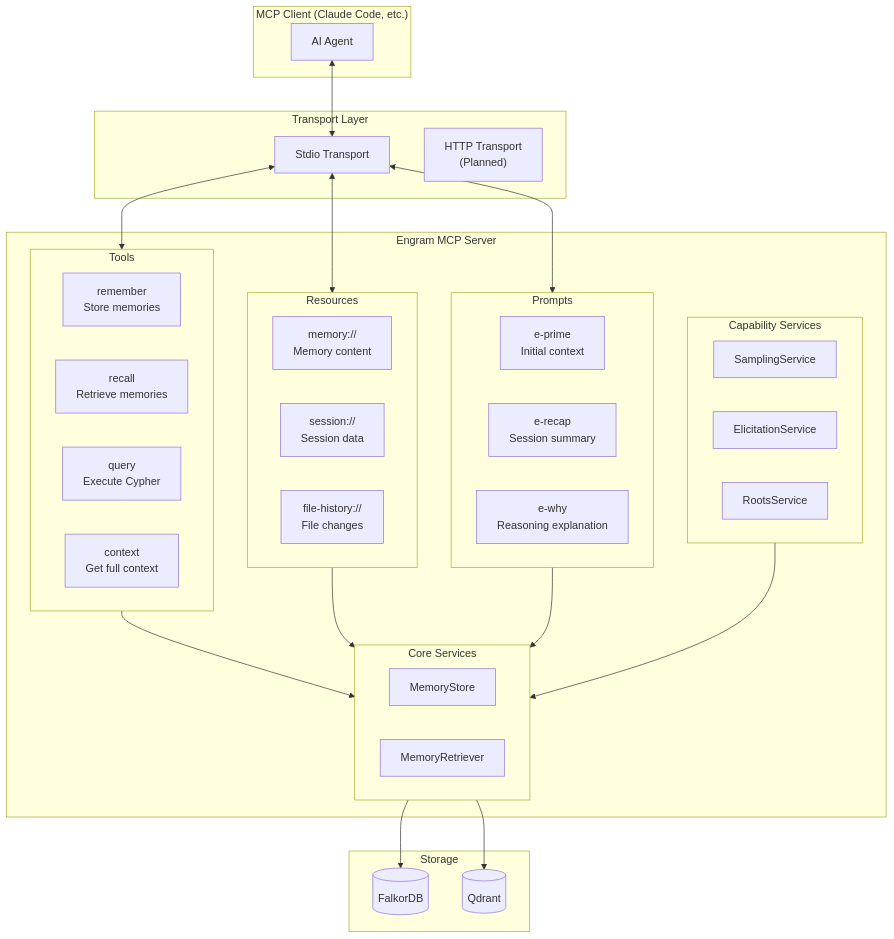
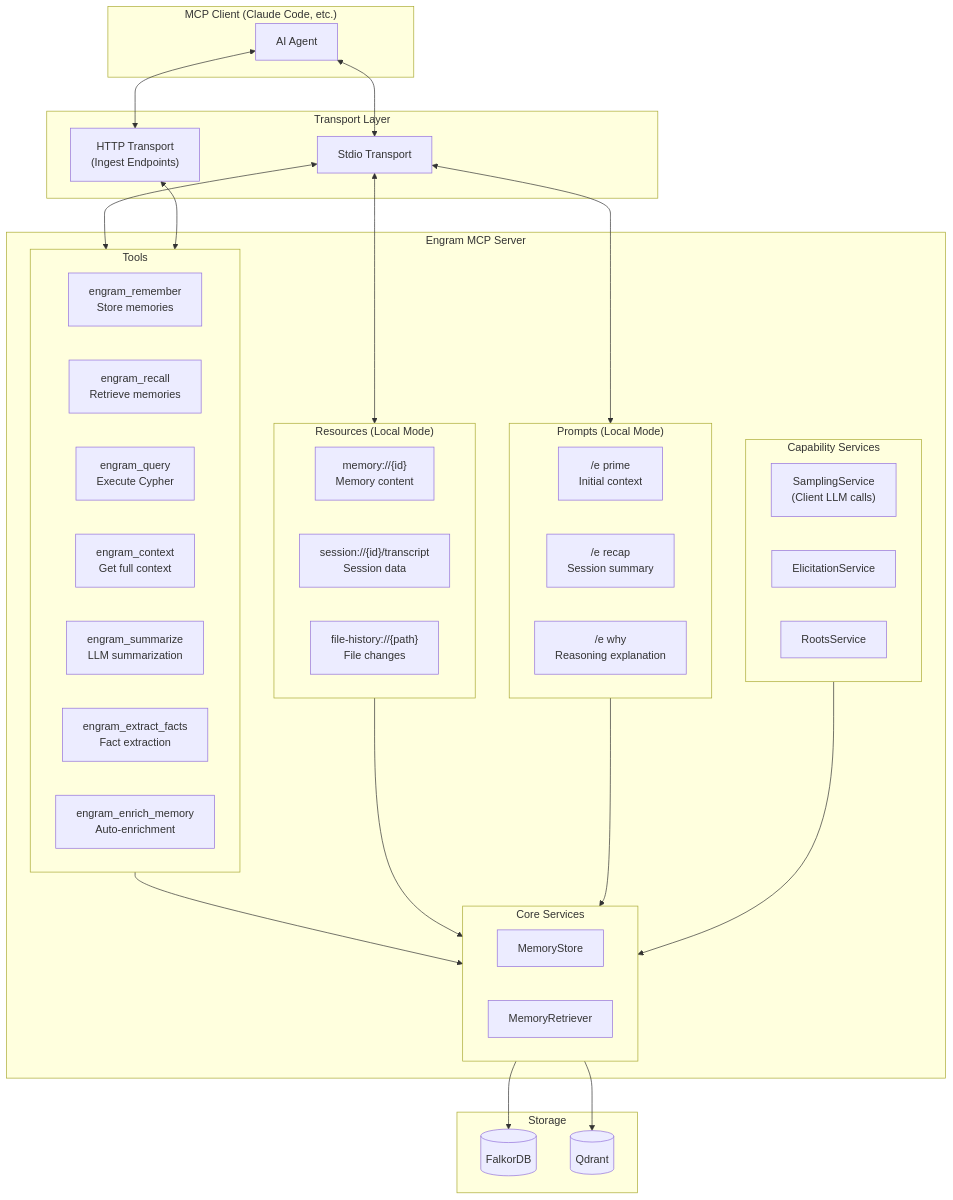
The fourth of 12 diagrams in ARCHITECTURE.md (rawcontext/engram), drawn with Mermaid before and after one commit. The commit also changed other lines of this file and 12 other files, not shown here.

First line of the commit message:
docs: update ARCHITECTURE.md and switch LLM from Grok to Gemini 3.0 Flash

````diff
--- a/ARCHITECTURE.md
+++ b/ARCHITECTURE.md
@@ -312,56 +316,61 @@
 ```mermaid
 flowchart TB
     subgraph Client["MCP Client (Claude Code, etc.)"]
         Agent["AI Agent"]
     end
 
     subgraph Transport["Transport Layer"]
         Stdio["Stdio Transport"]
-        HTTP["HTTP Transport<br/>(Planned)"]
+        HTTP["HTTP Transport<br/>(Ingest Endpoints)"]
     end
 
     subgraph EngramMCP["Engram MCP Server"]
         subgraph Tools["Tools"]
-            Remember["remember<br/>Store memories"]
-            Recall["recall<br/>Retrieve memories"]
-            Query["query<br/>Execute Cypher"]
-            Context["context<br/>Get full context"]
+            Remember["engram_remember<br/>Store memories"]
+            Recall["engram_recall<br/>Retrieve memories"]
+            Query["engram_query<br/>Execute Cypher"]
+            Context["engram_context<br/>Get full context"]
+            Summarize["engram_summarize<br/>LLM summarization"]
+            ExtractFacts["engram_extract_facts<br/>Fact extraction"]
+            EnrichMemory["engram_enrich_memory<br/>Auto-enrichment"]
         end
 
-        subgraph Resources["Resources"]
-            MemoryRes["memory://<br/>Memory content"]
-            SessionRes["session://<br/>Session data"]
-            FileHistoryRes["file-history://<br/>File changes"]
+        subgraph Resources["Resources (Local Mode)"]
+            MemoryRes["memory://{id}<br/>Memory content"]
+            SessionRes["session://{id}/transcript<br/>Session data"]
+            FileHistoryRes["file-history://{path}<br/>File changes"]
         end
 
-        subgraph Prompts["Prompts"]
-            Prime["e-prime<br/>Initial context"]
-            Recap["e-recap<br/>Session summary"]
-            Why["e-why<br/>Reasoning explanation"]
+        subgraph Prompts["Prompts (Local Mode)"]
+            Prime["/e prime<br/>Initial context"]
+            Recap["/e recap<br/>Session summary"]
+            Why["/e why<br/>Reasoning explanation"]
         end
 
         subgraph Capabilities["Capability Services"]
-            Sampling["SamplingService"]
+            Sampling["SamplingService<br/>(Client LLM calls)"]
             Elicitation["ElicitationService"]
             Roots["RootsService"]
         end
 
         subgraph Services["Core Services"]
             MemoryStore["MemoryStore"]
             MemoryRetriever["MemoryRetriever"]
         end
     end
 
     subgraph Storage["Storage"]
         Falkor[("FalkorDB")]
         Qdrant[("Qdrant")]
     end
 
     Agent <--> Stdio
+    Agent <--> HTTP
     Stdio <--> Tools & Resources & Prompts
+    HTTP <--> Tools
     Tools --> Services
     Resources --> Services
     Prompts --> Services
     Capabilities --> Services
     Services --> Falkor & Qdrant
 ```
````
